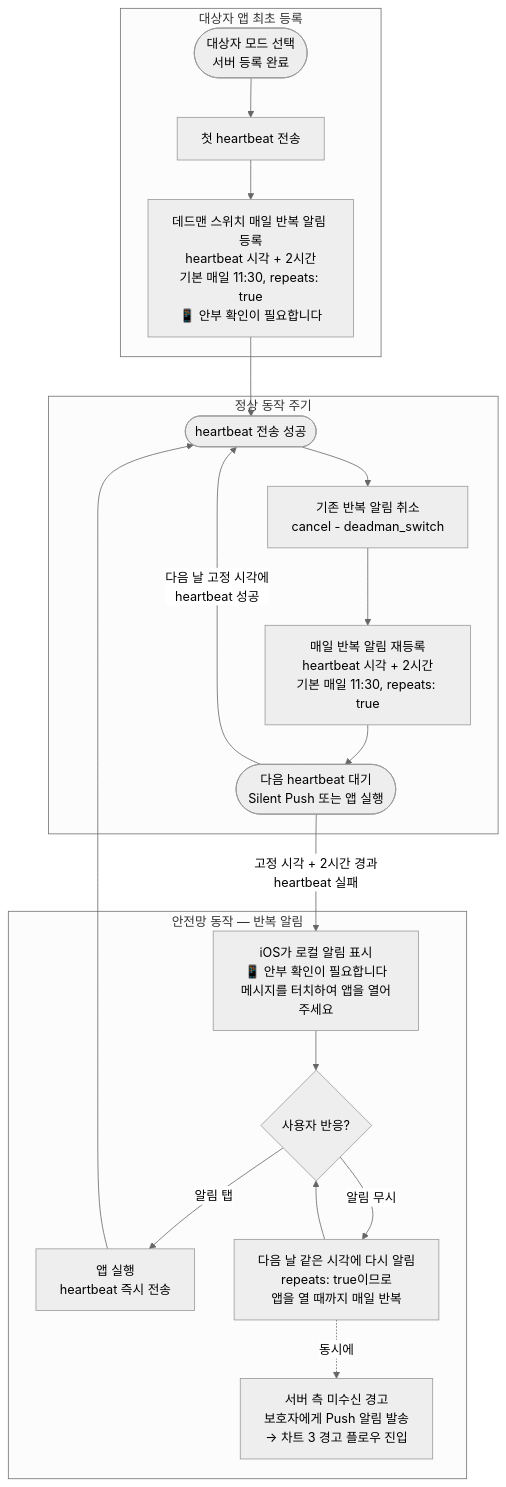
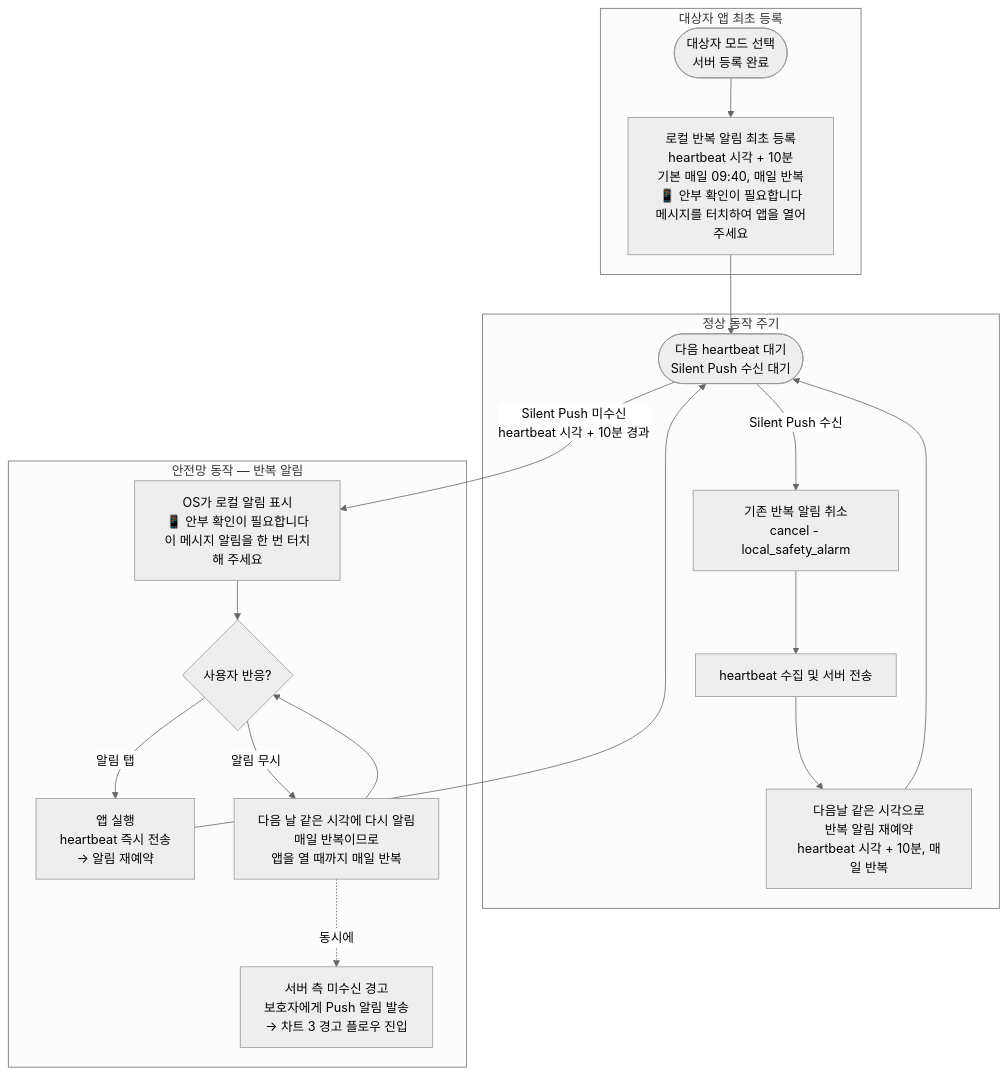
One commit to l10s18bok/kr.co.anbucheck changed the seventh of 7 diagrams in .ref/heartbeat_flowchart.md. Above: the diagram before and after it, drawn with Mermaid (neutral theme). The commit also changed other lines of this file and 2 other files, not shown here.

````diff
--- a/.ref/heartbeat_flowchart.md
+++ b/.ref/heartbeat_flowchart.md
@@ -238,34 +239,33 @@
 ```mermaid
 flowchart TD
     subgraph 최초설치[대상자 앱 최초 등록]
         Install([대상자 모드 선택<br/>서버 등록 완료])
-        Install --> FirstHB[첫 heartbeat 전송]
-        FirstHB --> FirstSchedule[데드맨 스위치 매일 반복 알림 등록<br/>heartbeat 시각 + 2시간<br/>기본 매일 11:30, repeats: true<br/>📱 안부 확인이 필요합니다]
+        Install --> FirstSchedule[로컬 반복 알림 최초 등록<br/>heartbeat 시각 + 10분<br/>기본 매일 09:40, 매일 반복<br/>📱 안부 확인이 필요합니다<br/>메시지를 터치하여 앱을 열어주세요]
     end
 
-    FirstSchedule --> NormalCycle
+    FirstSchedule --> Wait
 
     subgraph 정상주기[정상 동작 주기]
-        NormalCycle([heartbeat 전송 성공])
-        NormalCycle --> Cancel[기존 반복 알림 취소<br/>cancel - deadman_switch]
-        Cancel --> Reschedule[매일 반복 알림 재등록<br/>heartbeat 시각 + 2시간<br/>기본 매일 11:30, repeats: true]
-        Reschedule --> Wait([다음 heartbeat 대기<br/>Silent Push 또는 앱 실행])
+        Wait([다음 heartbeat 대기<br/>Silent Push 수신 대기])
+        Wait -->|Silent Push 수신| Cancel[기존 반복 알림 취소<br/>cancel - local_safety_alarm]
+        Cancel --> Collect[heartbeat 수집 및 서버 전송]
+        Collect --> Reschedule[다음날 같은 시각으로<br/>반복 알림 재예약<br/>heartbeat 시각 + 10분, 매일 반복]
+        Reschedule --> Wait
     end
 
-    Wait -->|다음 날 고정 시각에<br/>heartbeat 성공| NormalCycle
-    Wait -->|고정 시각 + 2시간 경과<br/>heartbeat 실패| Alarm
+    Wait -->|Silent Push 미수신<br/>heartbeat 시각 + 10분 경과| Alarm
 
     subgraph 안전망[안전망 동작 — 반복 알림]
-        Alarm[iOS가 로컬 알림 표시<br/>📱 안부 확인이 필요합니다<br/>메시지를 터치하여 앱을 열어주세요]
+        Alarm[OS가 로컬 알림 표시<br/>📱 안부 확인이 필요합니다<br/>이 메시지 알림을 한 번 터치해 주세요]
 
         Alarm --> UserAction{사용자 반응?}
 
-        UserAction -->|알림 탭| AppOpen[앱 실행<br/>heartbeat 즉시 전송]
-        AppOpen --> NormalCycle
+        UserAction -->|알림 탭| AppOpen[앱 실행<br/>heartbeat 즉시 전송<br/>→ 알림 재예약]
+        AppOpen --> Wait
 
-        UserAction -->|알림 무시| Repeat[다음 날 같은 시각에 다시 알림<br/>repeats: true이므로<br/>앱을 열 때까지 매일 반복]
+        UserAction -->|알림 무시| Repeat[다음 날 같은 시각에 다시 알림<br/>매일 반복이므로<br/>앱을 열 때까지 매일 반복]
         Repeat --> UserAction
 
         Repeat -.->|동시에| ServerAlert[서버 측 미수신 경고<br/>보호자에게 Push 알림 발송<br/>→ 차트 3 경고 플로우 진입]
     end
 ```
````
